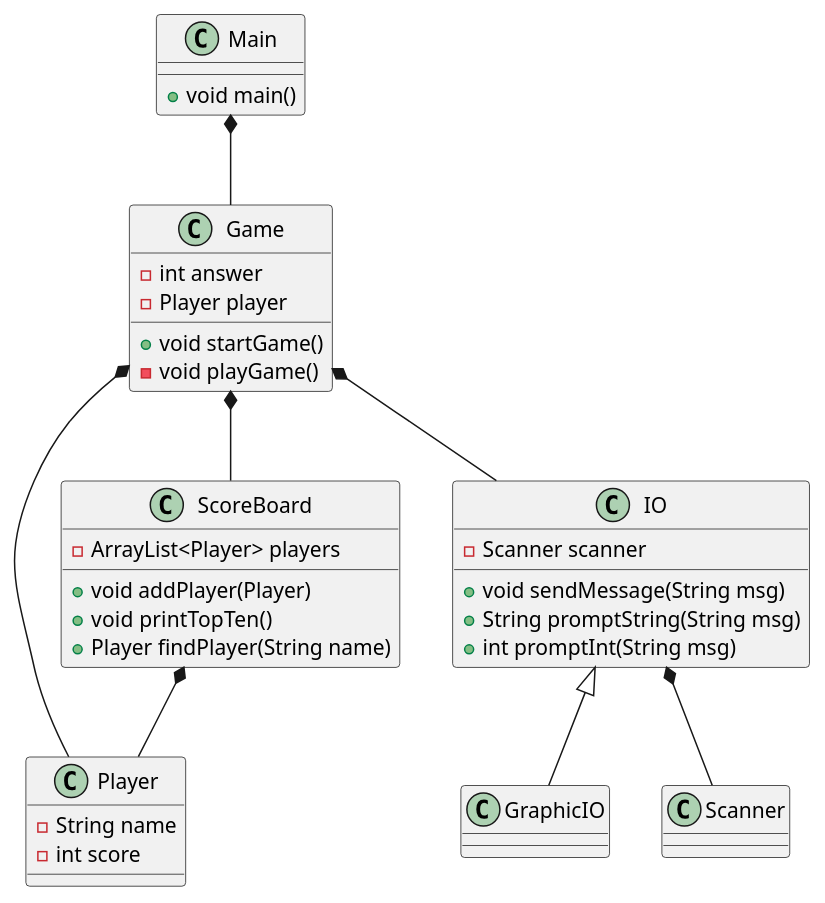
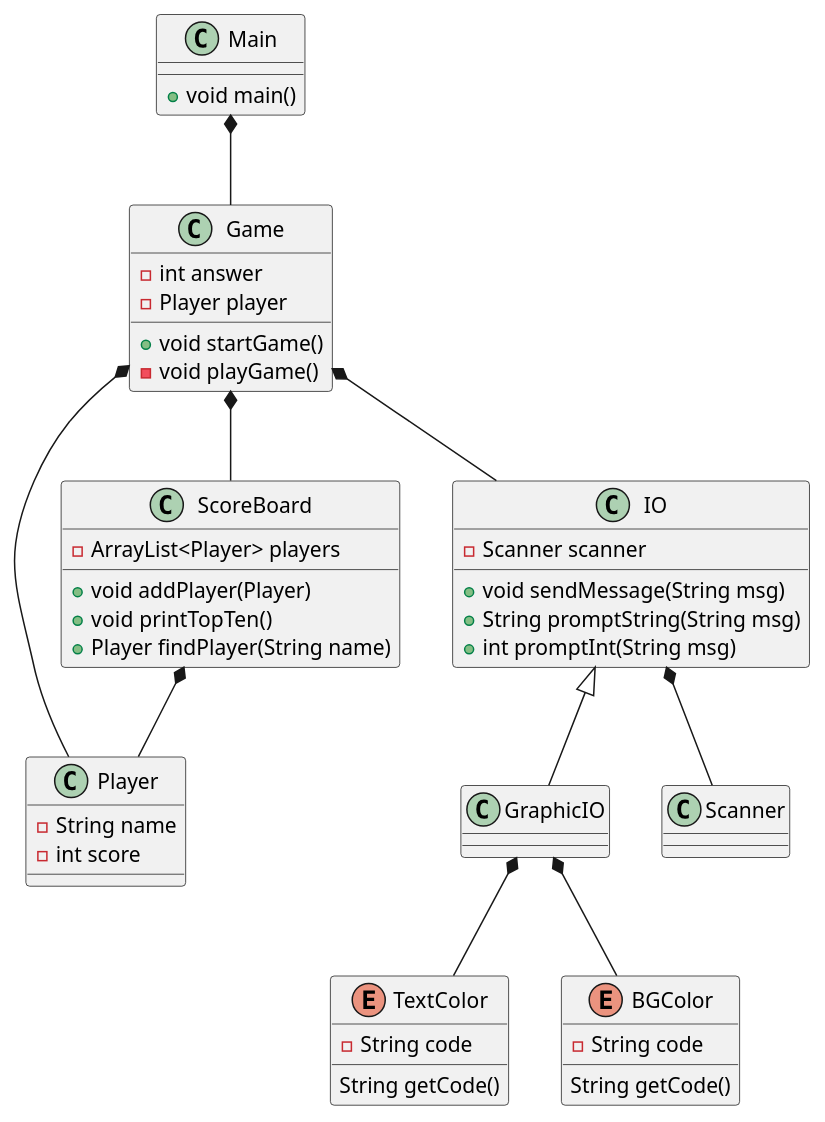
One commit to Dat1Cphbusiness/spring2026 changed the diagram in documentation/numbergame.puml. Above: the diagram before and after it, drawn with PlantUML. The commit also changed 4 other files, not shown here.

Commit message:
GraphicIO

```diff
--- a/documentation/numbergame.puml
+++ b/documentation/numbergame.puml
@@ -1,47 +1,61 @@
 @startuml
 'https://plantuml.com/class-diagram
 
 class Game{
     - int answer
     - Player player
     + void startGame()
     - void playGame()
 }
 
 class Player{
     - String name
     - int score
 }
 
 class ScoreBoard{
     - ArrayList<Player> players
     + void addPlayer(Player)
     + void printTopTen()
     + Player findPlayer(String name)
 }
 
 class IO{
     - Scanner scanner
     + void sendMessage(String msg)
     + String promptString(String msg)
     + int promptInt(String msg)
 }
 
 class GraphicIO{}
 
 class Main{
     + void main()
 }
 
 class Scanner{}
 
+enum TextColor{
+    - String code
+    String getCode()
+}
+
+enum BGColor{
+    - String code
+    String getCode()
+}
+
+
+
 IO *-- Scanner
 Game *-- IO
 Game *-- Player
 Main *-- Game
 IO <|-- GraphicIO
 Game *-- ScoreBoard
 ScoreBoard *-- Player
+GraphicIO *-- TextColor
+GraphicIO *-- BGColor
 
 
 @enduml
```
